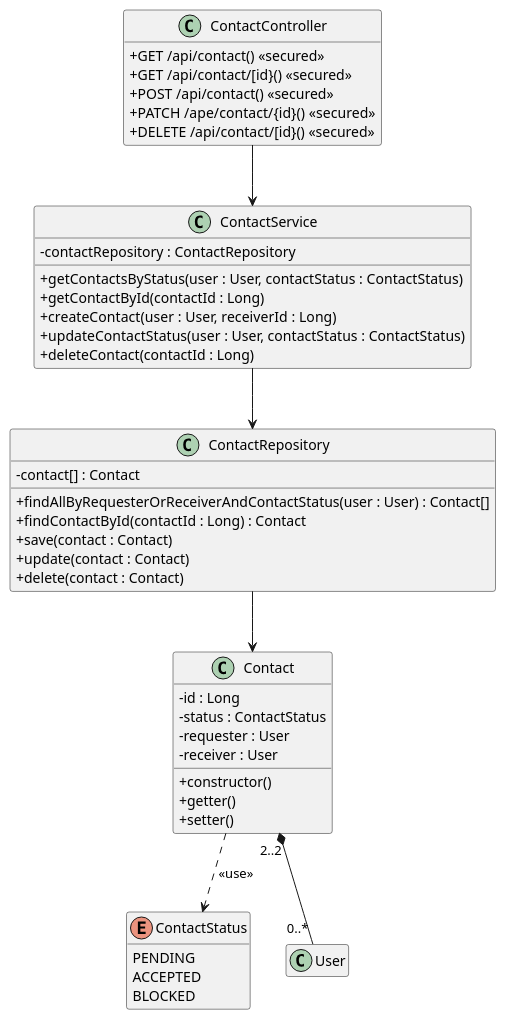
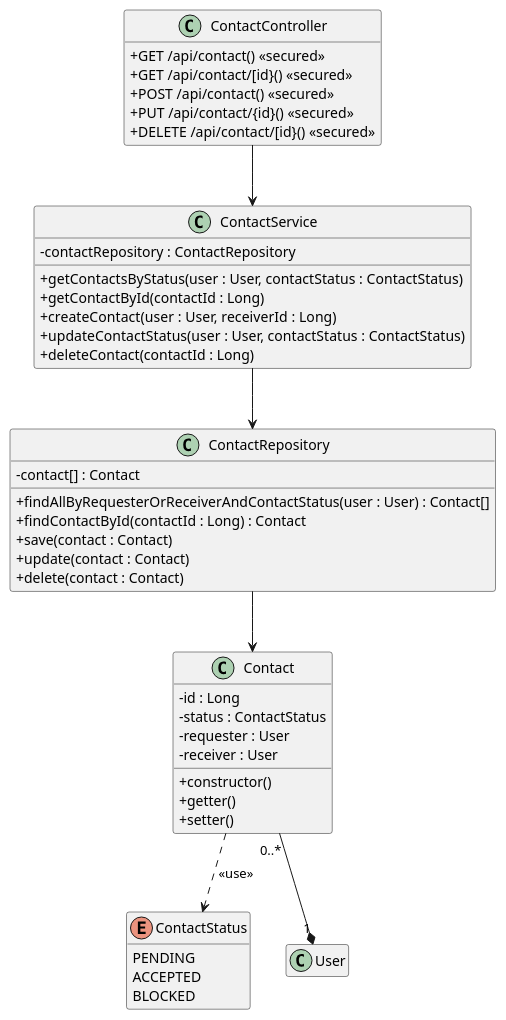
Before and after one commit to SpaghettiCodeGang/TryLater-Server: the diagram in uml/class/Class_Contact.puml, drawn with PlantUML. The commit also changed 2 other files, not shown here.

```diff
--- a/uml/class/Class_Contact.puml
+++ b/uml/class/Class_Contact.puml
@@ -1,53 +1,53 @@
 @startuml
 skinparam classAttributeIconSize 0
 hide empty members
 
 enum ContactStatus {
     PENDING
     ACCEPTED
     BLOCKED
 }
 
 class Contact {
     - id : Long
     - status : ContactStatus
     - requester : User
     - receiver : User
     + constructor()
     + getter()
     + setter()
 }
 
 class ContactRepository {
     - contact[] : Contact
     + findAllByRequesterOrReceiverAndContactStatus(user : User) : Contact[]
     + findContactById(contactId : Long) : Contact
     + save(contact : Contact)
     + update(contact : Contact)
     + delete(contact : Contact)
 }
 
 class ContactService {
     - contactRepository : ContactRepository
     + getContactsByStatus(user : User, contactStatus : ContactStatus)
     + getContactById(contactId : Long)
     + createContact(user : User, receiverId : Long)
     + updateContactStatus(user : User, contactStatus : ContactStatus)
     + deleteContact(contactId : Long)
 }
 
 class ContactController {
     + GET /api/contact() <<secured>>
     + GET /api/contact/[id}() <<secured>>
     + POST /api/contact() <<secured>>
-    + PATCH /ape/contact/{id}() <<secured>>
+    + PUT /api/contact/{id}() <<secured>>
     + DELETE /api/contact/[id}() <<secured>>
 }
 
-Contact "2..2" *-- "0..*" User
+Contact "0..*" --* "1" User
 Contact ..> ContactStatus : <<use>>
 ContactRepository --> Contact
 ContactService --> ContactRepository
 ContactController --> ContactService
 
 @enduml
```
